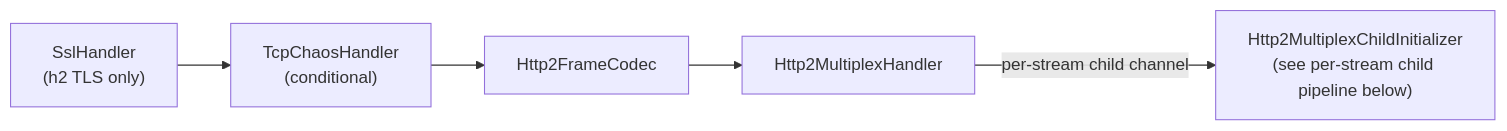
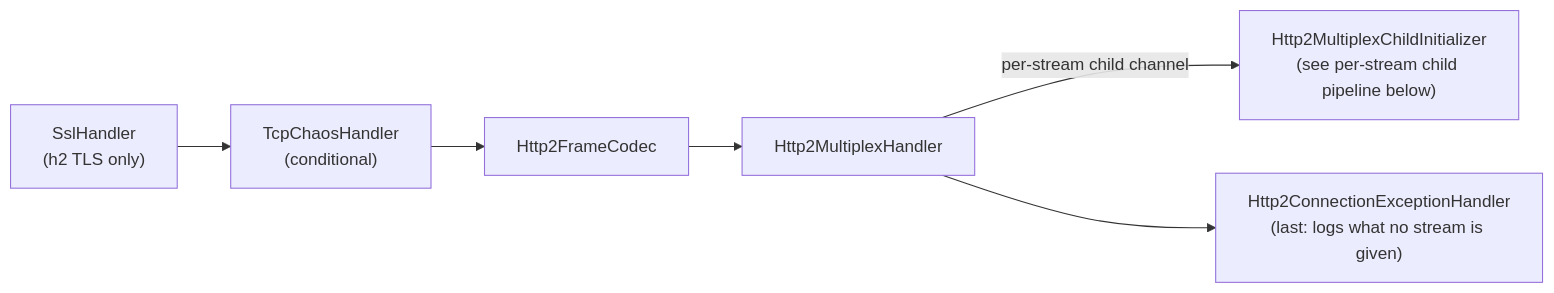
The seventh of 23 diagrams in docs/code/netty-pipeline.md (inspire12/mockserver), drawn with Mermaid before and after one commit. The commit also changed other lines of this file and 8 other files, not shown here.

````diff
--- a/docs/code/netty-pipeline.md
+++ b/docs/code/netty-pipeline.md
@@ -596,10 +596,12 @@
 ```mermaid
 graph LR
     SSL["SslHandler
 (h2 TLS only)"] --> TCH["TcpChaosHandler
 (conditional)"]
     TCH --> FC[Http2FrameCodec]
     FC --> MUX[Http2MultiplexHandler]
     MUX -->|"per-stream child channel"| CHILD["Http2MultiplexChildInitializer
 (see per-stream child pipeline below)"]
+    MUX --> EXC["Http2ConnectionExceptionHandler
+(last: logs what no stream is given)"]
 ```
````
